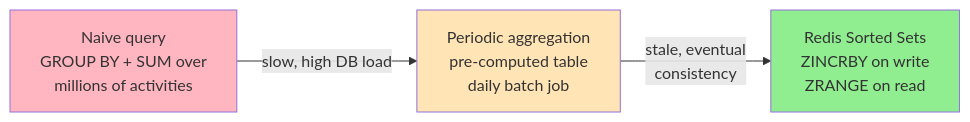
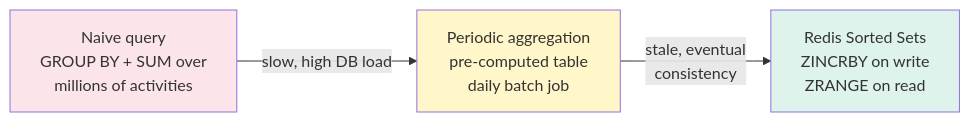
The third of 3 diagrams in LLD/SystemDesign/ProblemBreakdowns/Strava.md (cartmancodes/InterviewVault), drawn with Mermaid before and after one commit. The commit also changed 679 other files, not shown here.

Commit message:
Unify content diagrams and add accessible visual walkthroughs

````diff
--- a/LLD/SystemDesign/ProblemBreakdowns/Strava.md
+++ b/LLD/SystemDesign/ProblemBreakdowns/Strava.md
@@ -400,8 +400,8 @@
 ```mermaid
 graph LR
     N["Naive query<br/>GROUP BY + SUM over<br/>millions of activities"] -->|"slow, high DB load"| P["Periodic aggregation<br/>pre-computed table<br/>daily batch job"]
     P -->|"stale, eventual<br/>consistency"| R["Redis Sorted Sets<br/>ZINCRBY on write<br/>ZRANGE on read"]
-    style N fill:#FFB6C1
-    style P fill:#FFE4B5
-    style R fill:#90EE90
+    style N fill:#FCE5EA
+    style P fill:#FFF6C9
+    style R fill:#DDF3EC
 ```
````
